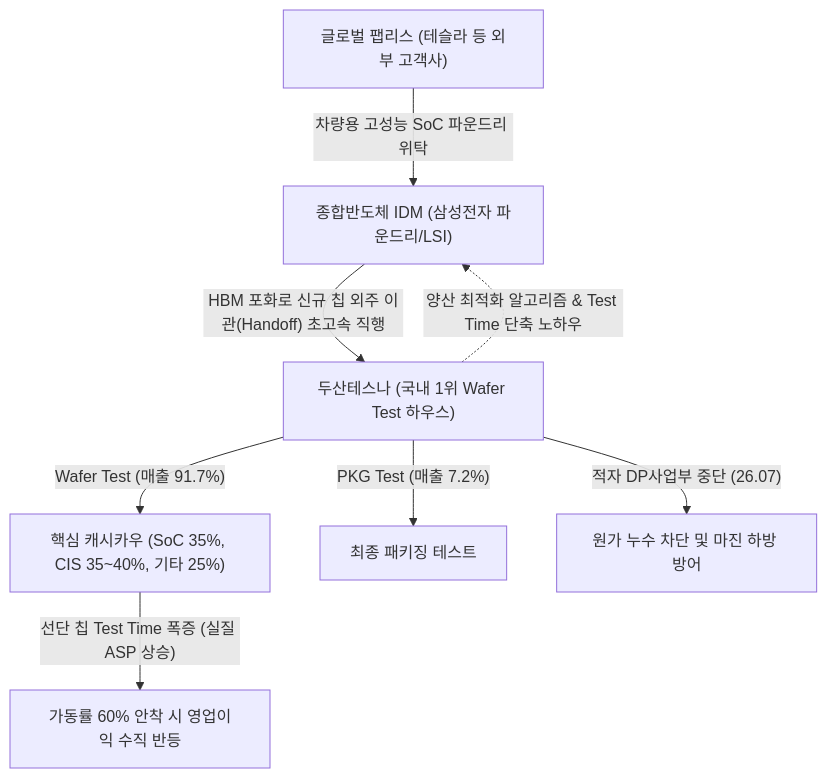
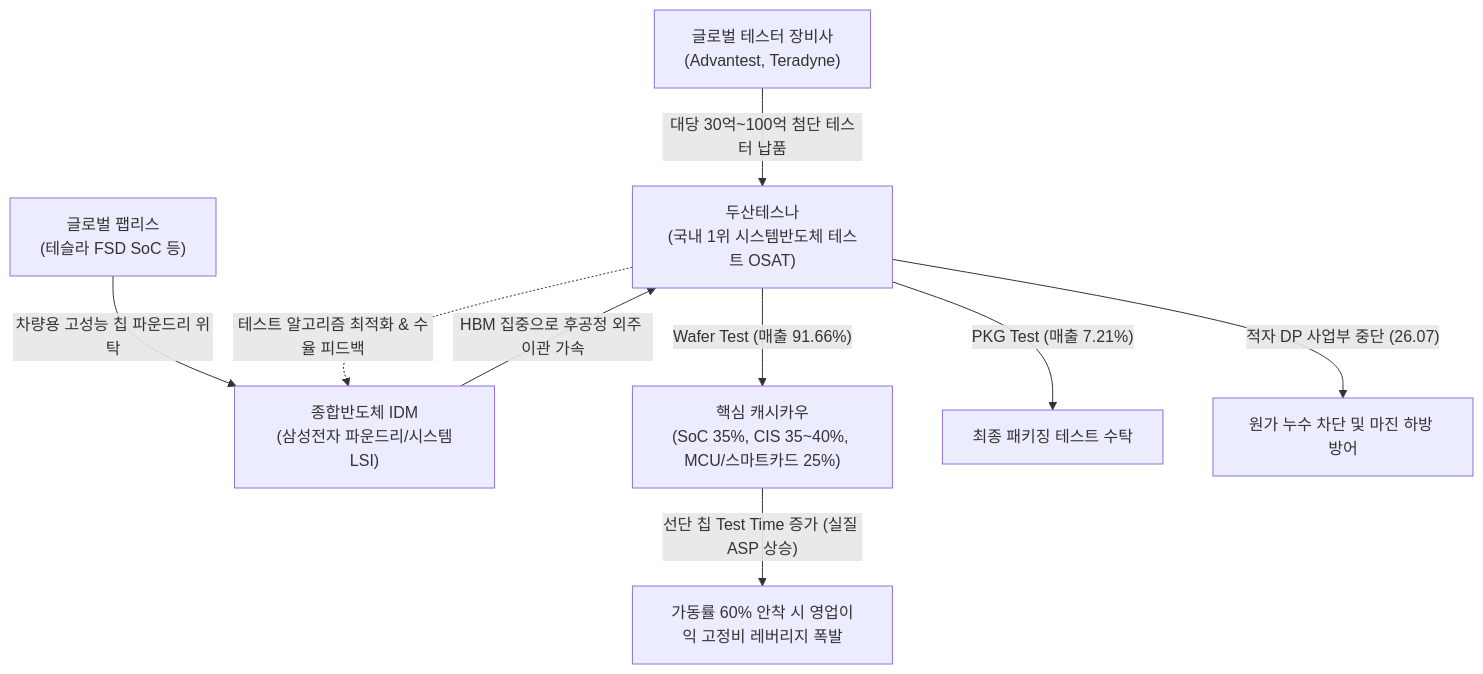
Before and after one commit to eve830521-cmd/my-skill: the diagram in Stock_Research/두산테스나/3_Final_Reports/Phase1_Report.md, drawn with Mermaid. The commit also changed other lines of this file and 37 other files, not shown here.

````diff
--- a/Stock_Research/두산테스나/3_Final_Reports/Phase1_Report.md
+++ b/Stock_Research/두산테스나/3_Final_Reports/Phase1_Report.md
@@ -25,10 +15,11 @@
 ```mermaid
 graph TD
-    A["종합반도체 IDM (삼성전자 파운드리/LSI)"] -->|"HBM 포화로 신규 칩 외주 이관(Handoff) 초고속 직행"| B["두산테스나 (국내 1위 Wafer Test 하우스)"]
-    T["글로벌 팹리스 (테슬라 등 외부 고객사)" ] -->|"차량용 고성능 SoC 파운드리 위탁"| A
-    B -. "양산 최적화 알고리즘 & Test Time 단축 노하우" .-> A
-    B -->|"Wafer Test (매출 91.7%)"| C["핵심 캐시카우 (SoC 35%, CIS 35~40%, 기타 25%)"]
-    B -->|"PKG Test (매출 7.2%)"| D["최종 패키징 테스트"]
-    B -->|"적자 DP사업부 중단 (26.07)"| E["원가 누수 차단 및 마진 하방 방어"]
-    C -->|"선단 칩 Test Time 폭증 (실질 ASP 상승)"| F["가동률 60% 안착 시 영업이익 수직 반등"]
+    S["글로벌 테스터 장비사<br>(Advantest, Teradyne)"] -->|"대당 30억~100억 첨단 테스터 납품"| T["두산테스나<br>(국내 1위 시스템반도체 테스트 OSAT)"]
+    IDM["종합반도체 IDM<br>(삼성전자 파운드리/시스템LSI)"] -->|"HBM 집중으로 후공정 외주 이관 가속"| T
+    FAB["글로벌 팹리스<br>(테슬라 FSD SoC 등)" ] -->|"차량용 고성능 칩 파운드리 위탁"| IDM
+    T -. "테스트 알고리즘 최적화 & 수율 피드백" .-> IDM
+    T -->|"Wafer Test (매출 91.66%)"| WT["핵심 캐시카우<br>(SoC 35%, CIS 35~40%, MCU/스마트카드 25%)"]
+    T -->|"PKG Test (매출 7.21%)"| PT["최종 패키징 테스트 수탁"]
+    T -->|"적자 DP 사업부 중단 (26.07)"| DP["원가 누수 차단 및 마진 하방 방어"]
+    WT -->|"선단 칩 Test Time 증가 (실질 ASP 상승)"| LEV["가동률 60% 안착 시 영업이익 고정비 레버리지 폭발"]
 ```
````
